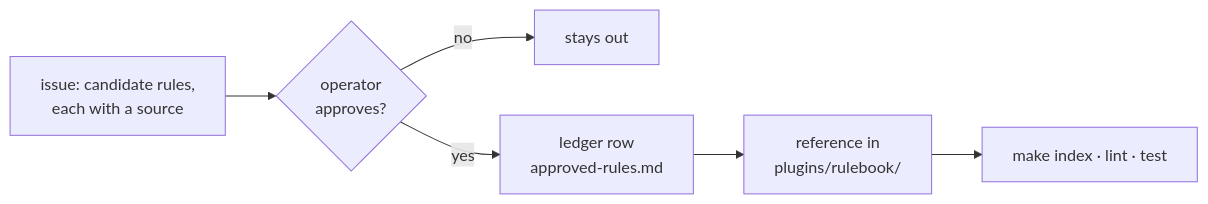
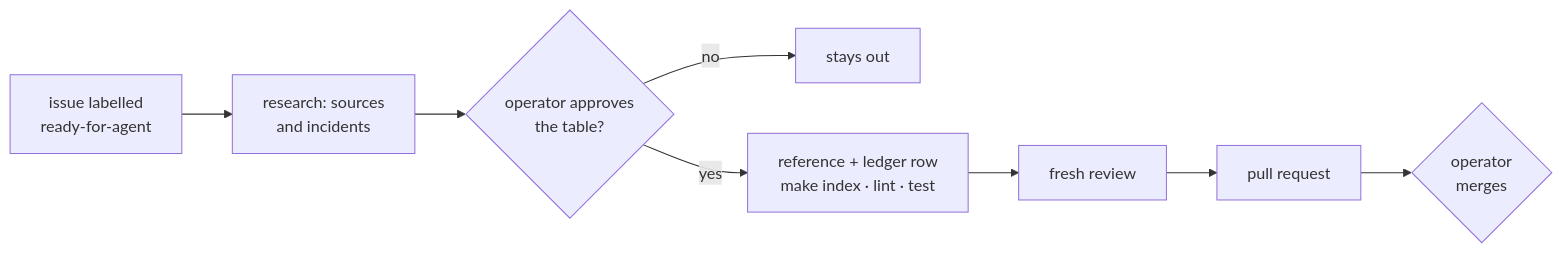
One commit to chiyanram/skills changed the diagram in CONTRIBUTING.md. Above: the diagram before and after it, drawn with Mermaid. The commit also changed other lines of this file, not shown here.

````diff
--- a/CONTRIBUTING.md
+++ b/CONTRIBUTING.md
@@ -48,8 +48,9 @@
 ```mermaid
 flowchart LR
-    I["issue: candidate rules,<br/>each with a source"] --> Q{"operator<br/>approves?"}
+    I["issue labelled<br/>ready-for-agent"] --> R["research: sources<br/>and incidents"]
+    R --> Q{"operator approves<br/>the table?"}
     Q -->|"no"| X["stays out"]
-    Q -->|"yes"| L["ledger row<br/>approved-rules.md"]
-    L --> F["reference in<br/>plugins/rulebook/"]
-    F --> C["make index · lint · test"]
+    Q -->|"yes"| W["reference + ledger row<br/>make index · lint · test"]
+    W --> V["fresh review"]
+    V --> P["pull request"] --> M{"operator<br/>merges"}
 ```
````
